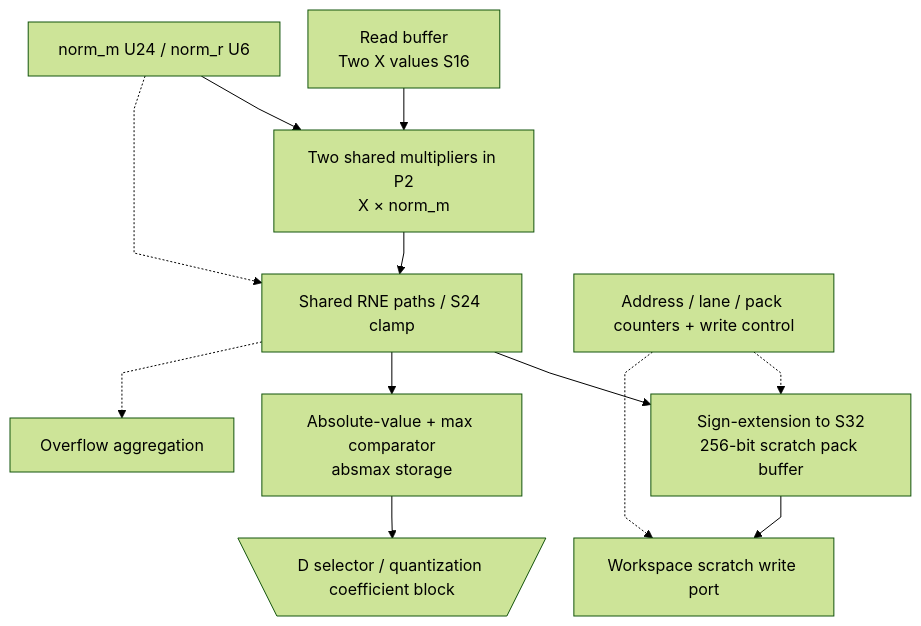
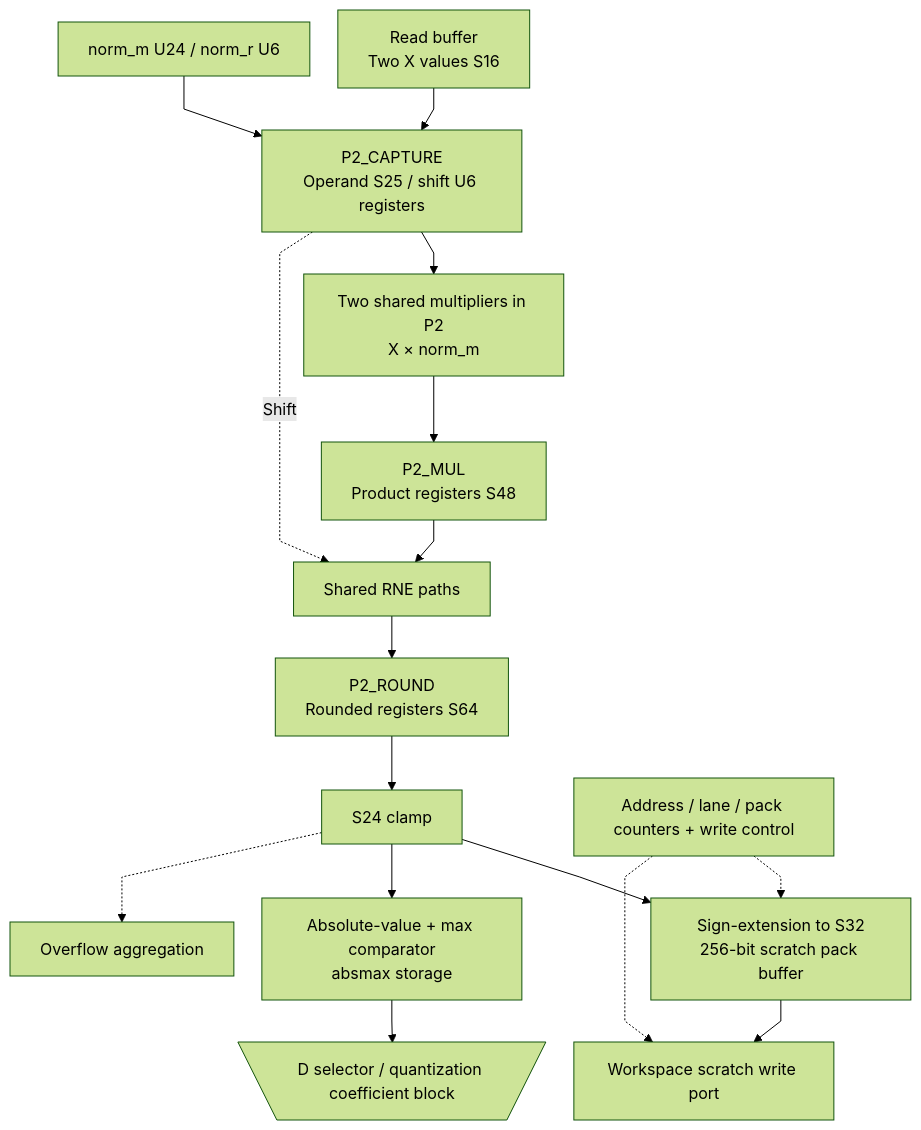
Before and after one commit to nguyennhutkhanhtom/NPU: the fourth of 5 diagrams in docs/source_guide/blocks/norm.sv.md, drawn with Mermaid (forest theme). The commit also changed other lines of this file and 608 other files, not shown here.

Commit message:
Implement autonomous RTL language graph with verified units and timing evidence

````diff
--- a/docs/source_guide/blocks/norm.sv.md
+++ b/docs/source_guide/blocks/norm.sv.md
@@ -836,15 +894,19 @@
 ```mermaid
 flowchart TB
 %%{init: {"flowchart": {"subGraphTitleMargin": {"top": 8, "bottom": 20}, "nodeSpacing": 28, "rankSpacing": 42, "curve": "linear"}}}%%
-    X["Read buffer<br/>Two X values S16"] --> MUL["Two shared multipliers in P2<br/>X × norm_m"]
-    COEF["norm_m U24 / norm_r U6"] --> MUL
-    MUL --> ROUND["Shared RNE paths / S24 clamp"]
-    COEF -.-> ROUND
+    X["Read buffer<br/>Two X values S16"] --> OREG["P2_CAPTURE<br/>Operand S25 / shift U6 registers"]
+    COEF["norm_m U24 / norm_r U6"] --> OREG
+    OREG --> MUL["Two shared multipliers in P2<br/>X × norm_m"]
+    MUL --> PREG["P2_MUL<br/>Product registers S48"]
+    PREG --> RNE["Shared RNE paths"]
+    OREG -.->|"Shift"| RNE
+    RNE --> RREG["P2_ROUND<br/>Rounded registers S64"]
+    RREG --> ROUND["S24 clamp"]
     ROUND --> PACK["Sign-extension to S32<br/>256-bit scratch pack buffer"]
     ROUND --> MAX["Absolute-value + max comparator<br/>absmax storage"]
     PACK --> WS["Workspace scratch write port"]
     MAX --> D@{ shape: trap-t, label: "D selector / quantization coefficient block" }
     CTRL["Address / lane / pack counters + write control"] -.-> PACK
     CTRL -.-> WS
     ROUND -.-> OV["Overflow aggregation"]
 ```
````
